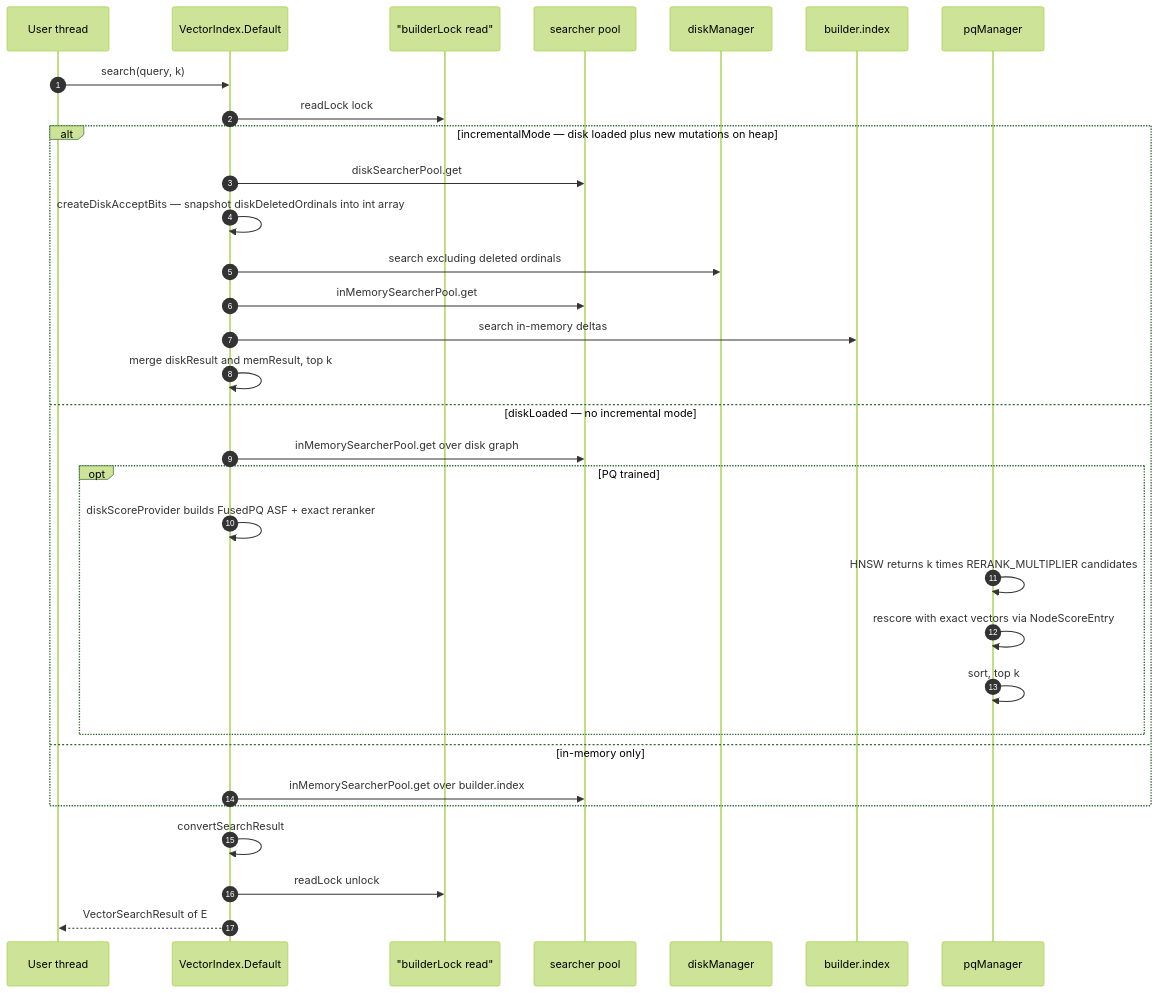
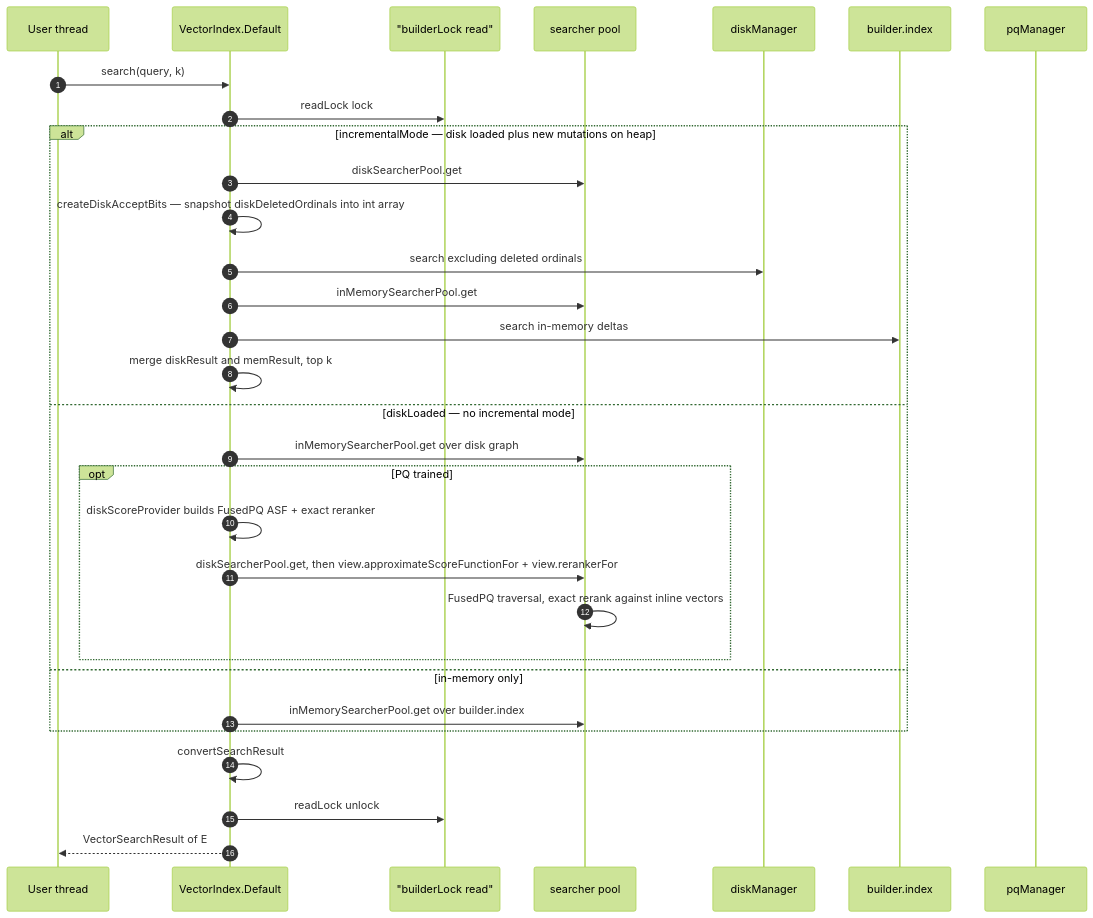
Before and after one commit to eclipse-store/store: the sixth of 10 diagrams in gigamap/jvector/ARCHITECTURE.md, drawn with Mermaid (forest theme). The commit also changed other lines of this file and 5 other files, not shown here.

````diff
--- a/gigamap/jvector/ARCHITECTURE.md
+++ b/gigamap/jvector/ARCHITECTURE.md
@@ -442,35 +442,34 @@
 ```mermaid
 sequenceDiagram
     autonumber
     participant U as User thread
     participant VI as VectorIndex.Default
     participant L as "builderLock read"
     participant Sp as searcher pool
     participant DIM as diskManager
     participant Bx as builder.index
     participant PQM as pqManager
 
     U->>VI: search(query, k)
     VI->>L: readLock lock
     alt incrementalMode — disk loaded plus new mutations on heap
         VI->>Sp: diskSearcherPool.get
         VI->>VI: createDiskAcceptBits — snapshot diskDeletedOrdinals into int array
         VI->>DIM: search excluding deleted ordinals
         VI->>Sp: inMemorySearcherPool.get
         VI->>Bx: search in-memory deltas
         VI->>VI: merge diskResult and memResult, top k
     else diskLoaded — no incremental mode
         VI->>Sp: inMemorySearcherPool.get over disk graph
         opt PQ trained
             VI->>VI: diskScoreProvider builds FusedPQ ASF + exact reranker
-            PQM->>PQM: HNSW returns k times RERANK_MULTIPLIER candidates
-            PQM->>PQM: rescore with exact vectors via NodeScoreEntry
-            PQM->>PQM: sort, top k
+            VI->>Sp: diskSearcherPool.get, then view.approximateScoreFunctionFor + view.rerankerFor
+            Sp->>Sp: FusedPQ traversal, exact rerank against inline vectors
         end
     else in-memory only
         VI->>Sp: inMemorySearcherPool.get over builder.index
     end
     VI->>VI: convertSearchResult
     VI->>L: readLock unlock
     VI-->>U: VectorSearchResult of E
 ```
````
